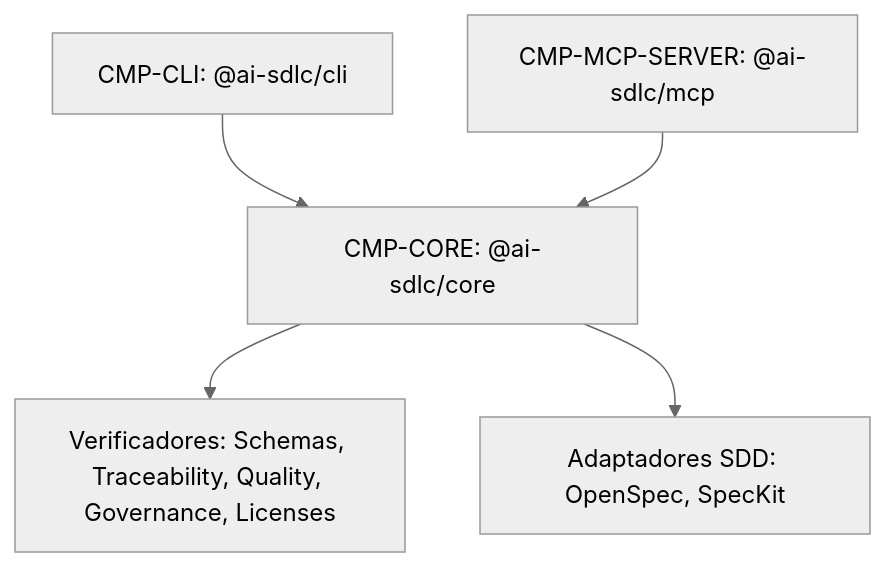
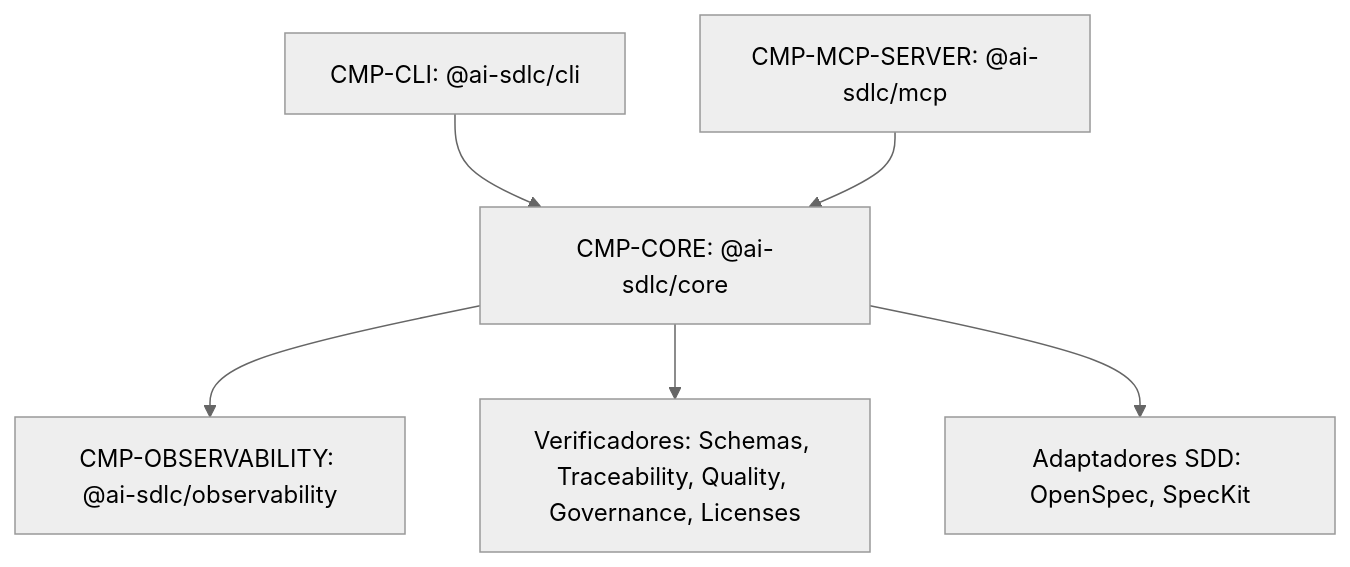
One commit to altromon/AI-SDLC changed the diagram in architecture/components/CMP-CORE.md. Above: the diagram before and after it, drawn with Mermaid (neutral theme). The commit also changed other lines of this file and 35 other files, not shown here.

First line of the commit message:
feat(observability): enforce CMP-OBSERVABILITY building block and bump packages to v2.0.1

````diff
--- a/architecture/components/CMP-CORE.md
+++ b/architecture/components/CMP-CORE.md
@@ -42,7 +44,8 @@
 ```mermaid
 graph TD
     CLI[CMP-CLI: @ai-sdlc/cli] --> CORE[CMP-CORE: @ai-sdlc/core]
     MCP[CMP-MCP-SERVER: @ai-sdlc/mcp] --> CORE
+    CORE --> OBS[CMP-OBSERVABILITY: @ai-sdlc/observability]
     CORE --> Verifiers[Verificadores: Schemas, Traceability, Quality, Governance, Licenses]
     CORE --> Adapters[Adaptadores SDD: OpenSpec, SpecKit]
 ```
````
